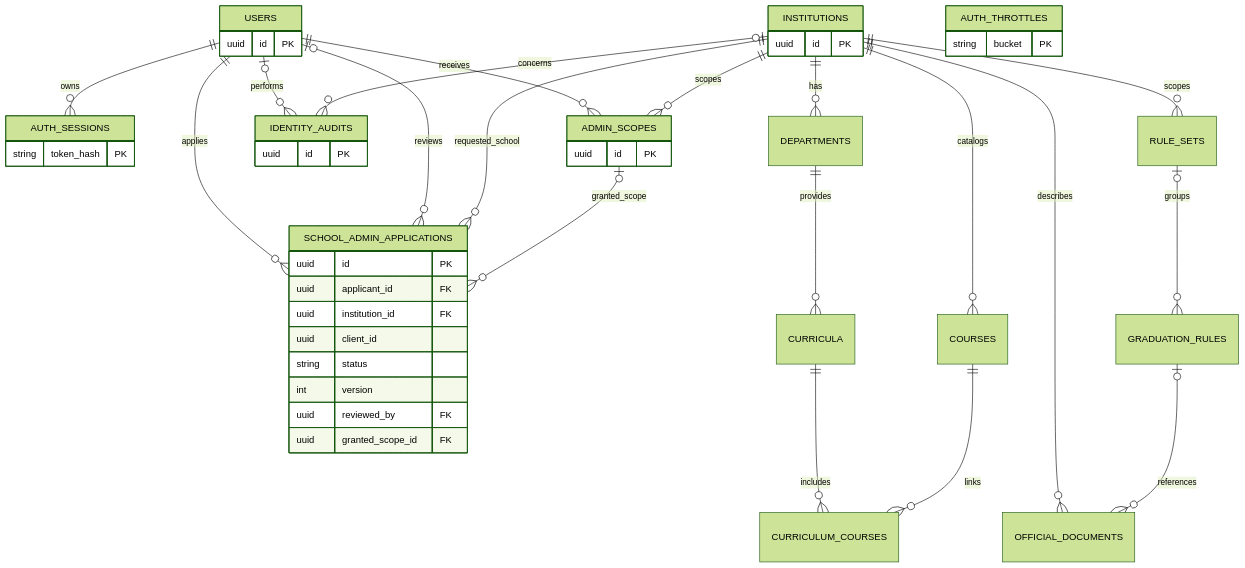
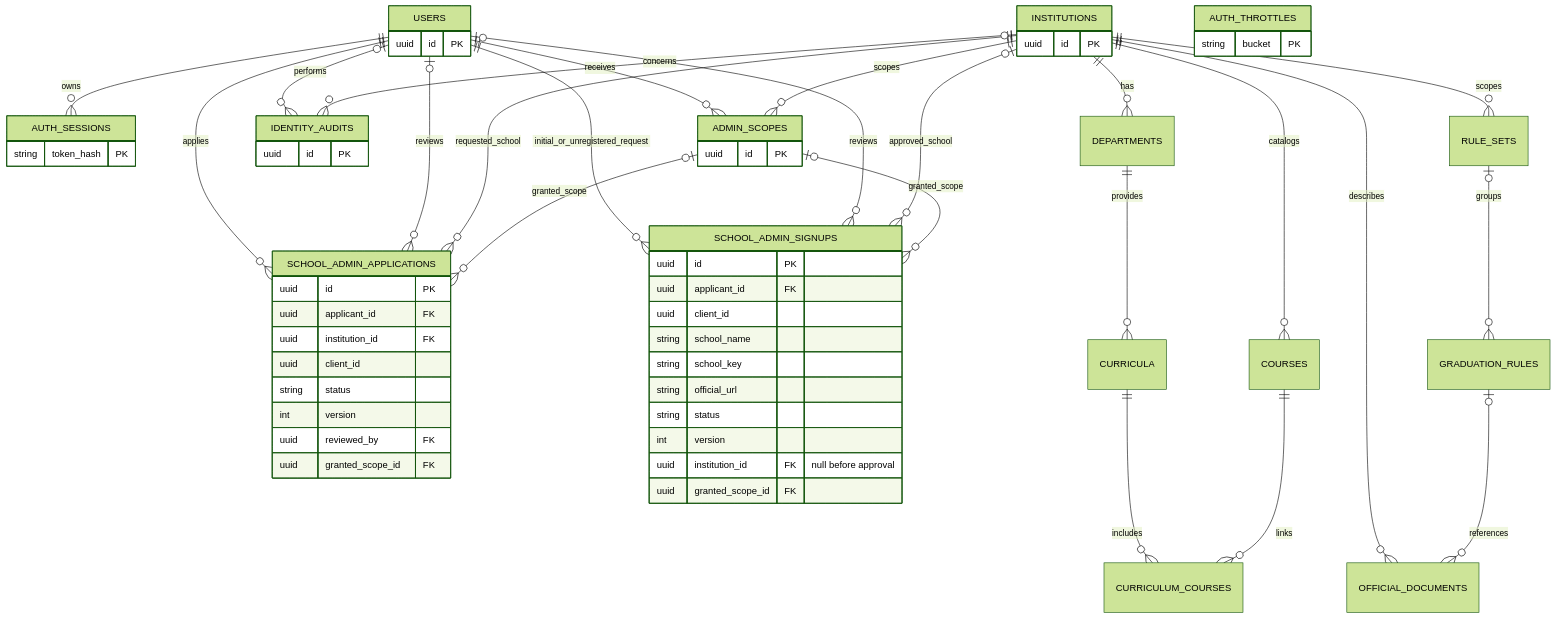
Before and after one commit to product04231125/UNIPATH: the fourth of 10 diagrams in docs/database-erd.md, drawn with Mermaid (forest theme). The commit also changed other lines of this file and 32 other files, not shown here.

````diff
--- a/docs/database-erd.md
+++ b/docs/database-erd.md
@@ -97,49 +101,65 @@
 ```mermaid
 erDiagram
     USERS ||--o{ AUTH_SESSIONS : owns
     USERS ||--o{ ADMIN_SCOPES : receives
     USERS ||--o{ SCHOOL_ADMIN_APPLICATIONS : applies
+    USERS ||--o{ SCHOOL_ADMIN_SIGNUPS : initial_or_unregistered_request
+    USERS o|--o{ SCHOOL_ADMIN_SIGNUPS : reviews
+    INSTITUTIONS o|--o{ SCHOOL_ADMIN_SIGNUPS : approved_school
+    ADMIN_SCOPES o|--o{ SCHOOL_ADMIN_SIGNUPS : granted_scope
     USERS o|--o{ SCHOOL_ADMIN_APPLICATIONS : reviews
     INSTITUTIONS ||--o{ SCHOOL_ADMIN_APPLICATIONS : requested_school
     ADMIN_SCOPES o|--o{ SCHOOL_ADMIN_APPLICATIONS : granted_scope
     INSTITUTIONS ||--o{ ADMIN_SCOPES : scopes
     USERS o|--o{ IDENTITY_AUDITS : performs
     INSTITUTIONS o|--o{ IDENTITY_AUDITS : concerns
     INSTITUTIONS ||--o{ DEPARTMENTS : has
     DEPARTMENTS ||--o{ CURRICULA : provides
     INSTITUTIONS ||--o{ COURSES : catalogs
     CURRICULA ||--o{ CURRICULUM_COURSES : includes
     COURSES ||--o{ CURRICULUM_COURSES : links
     INSTITUTIONS ||--o{ RULE_SETS : scopes
     RULE_SETS o|--o{ GRADUATION_RULES : groups
     INSTITUTIONS ||--o{ OFFICIAL_DOCUMENTS : describes
     GRADUATION_RULES o|--o{ OFFICIAL_DOCUMENTS : references
     USERS {
         uuid id PK
     }
     SCHOOL_ADMIN_APPLICATIONS {
         uuid id PK
         uuid applicant_id FK
         uuid institution_id FK
         uuid client_id
         string status
         int version
         uuid reviewed_by FK
         uuid granted_scope_id FK
     }
+    SCHOOL_ADMIN_SIGNUPS {
+        uuid id PK
+        uuid applicant_id FK
+        uuid client_id
+        string school_name
+        string school_key
+        string official_url
+        string status
+        int version
+        uuid institution_id FK "null before approval"
+        uuid granted_scope_id FK
+    }
     AUTH_SESSIONS {
         string token_hash PK
     }
     AUTH_THROTTLES {
         string bucket PK
     }
     INSTITUTIONS {
         uuid id PK
     }
     ADMIN_SCOPES {
         uuid id PK
     }
     IDENTITY_AUDITS {
         uuid id PK
     }
 ```
````
